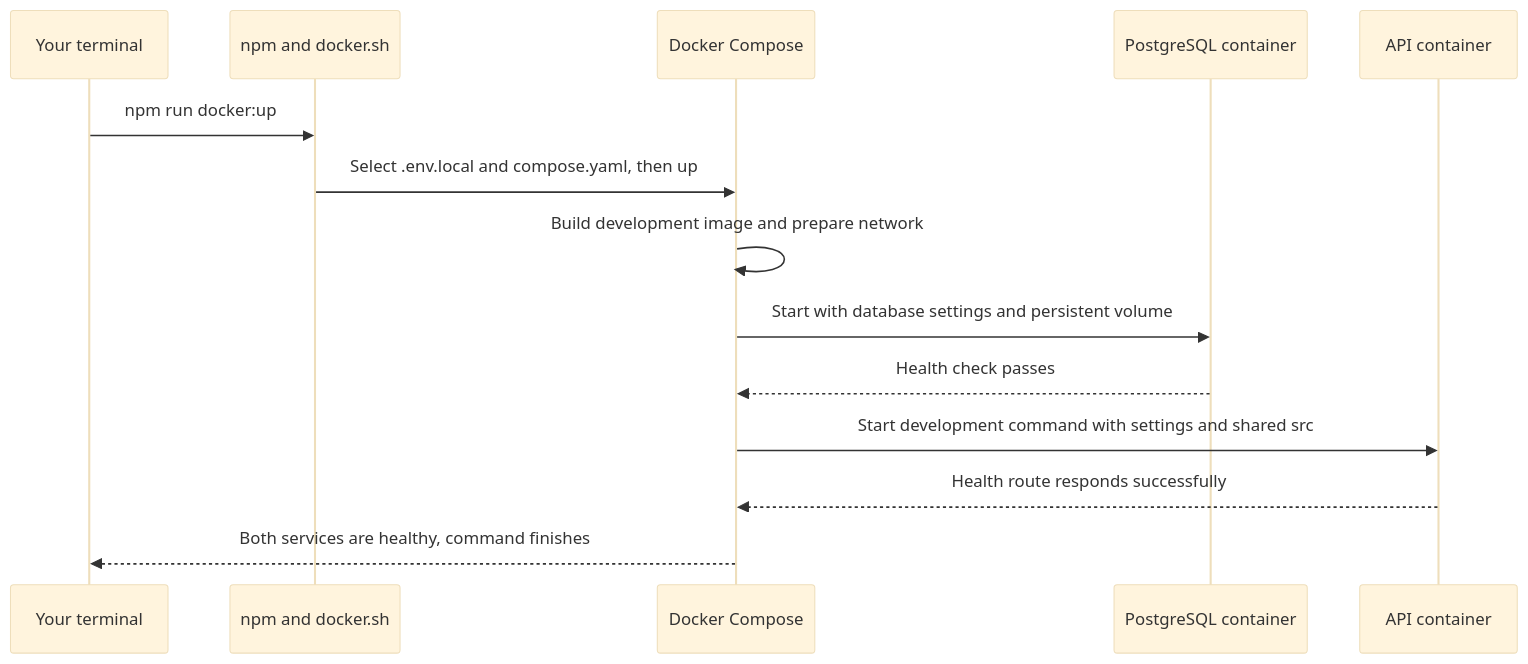
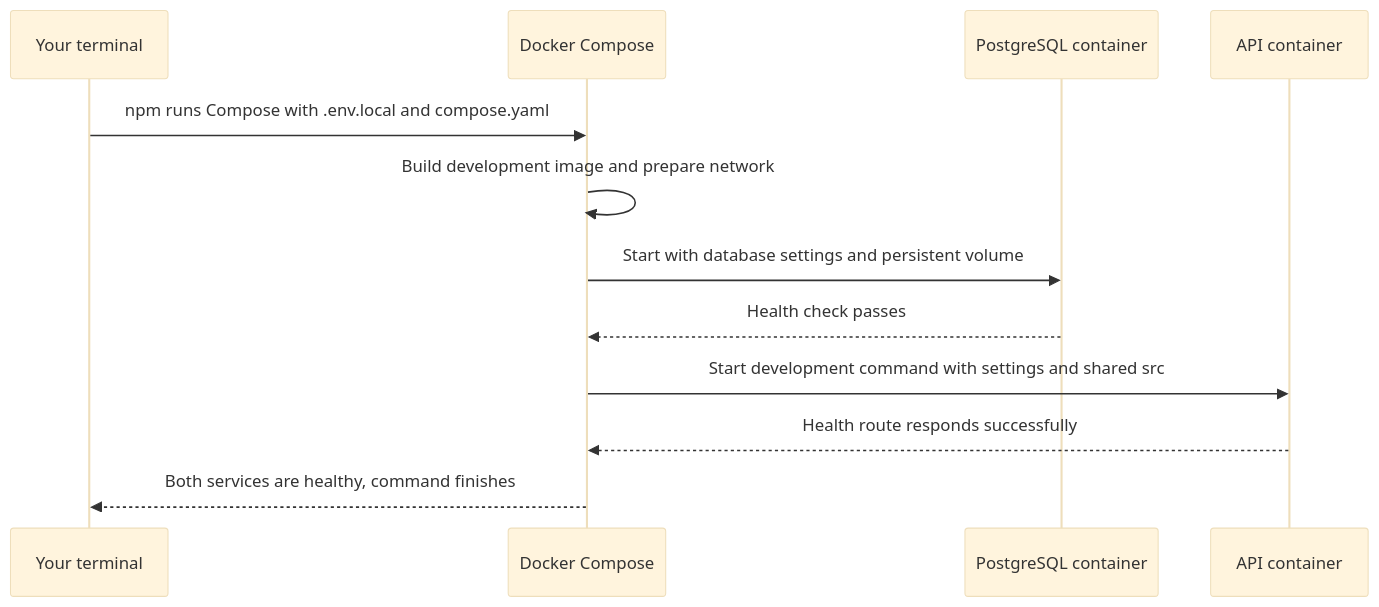
The eighth of 8 diagrams in docs/docker-guide.md (jaminwebdev/hono-drizzle-api), drawn with Mermaid (base theme) before and after one commit. The commit also changed other lines of this file and 8 other files, not shown here.

````diff
--- a/docs/docker-guide.md
+++ b/docs/docker-guide.md
@@ -684,16 +681,14 @@
 ```mermaid
 sequenceDiagram
     participant You as Your terminal
-    participant Helper as npm and docker.sh
     participant Compose as Docker Compose
     participant DB as PostgreSQL container
     participant API as API container
-    You->>Helper: npm run docker:up
-    Helper->>Compose: Select .env.local and compose.yaml, then up
+    You->>Compose: npm runs Compose with .env.local and compose.yaml
     Compose->>Compose: Build development image and prepare network
     Compose->>DB: Start with database settings and persistent volume
     DB-->>Compose: Health check passes
     Compose->>API: Start development command with settings and shared src
     API-->>Compose: Health route responds successfully
     Compose-->>You: Both services are healthy, command finishes
 ```
````
